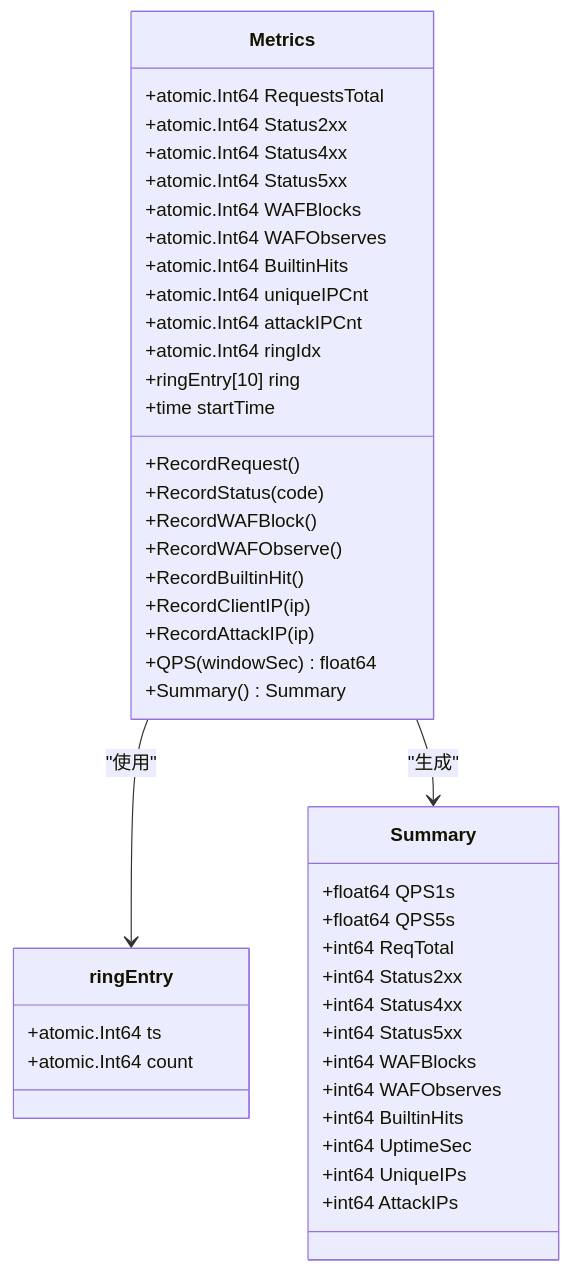
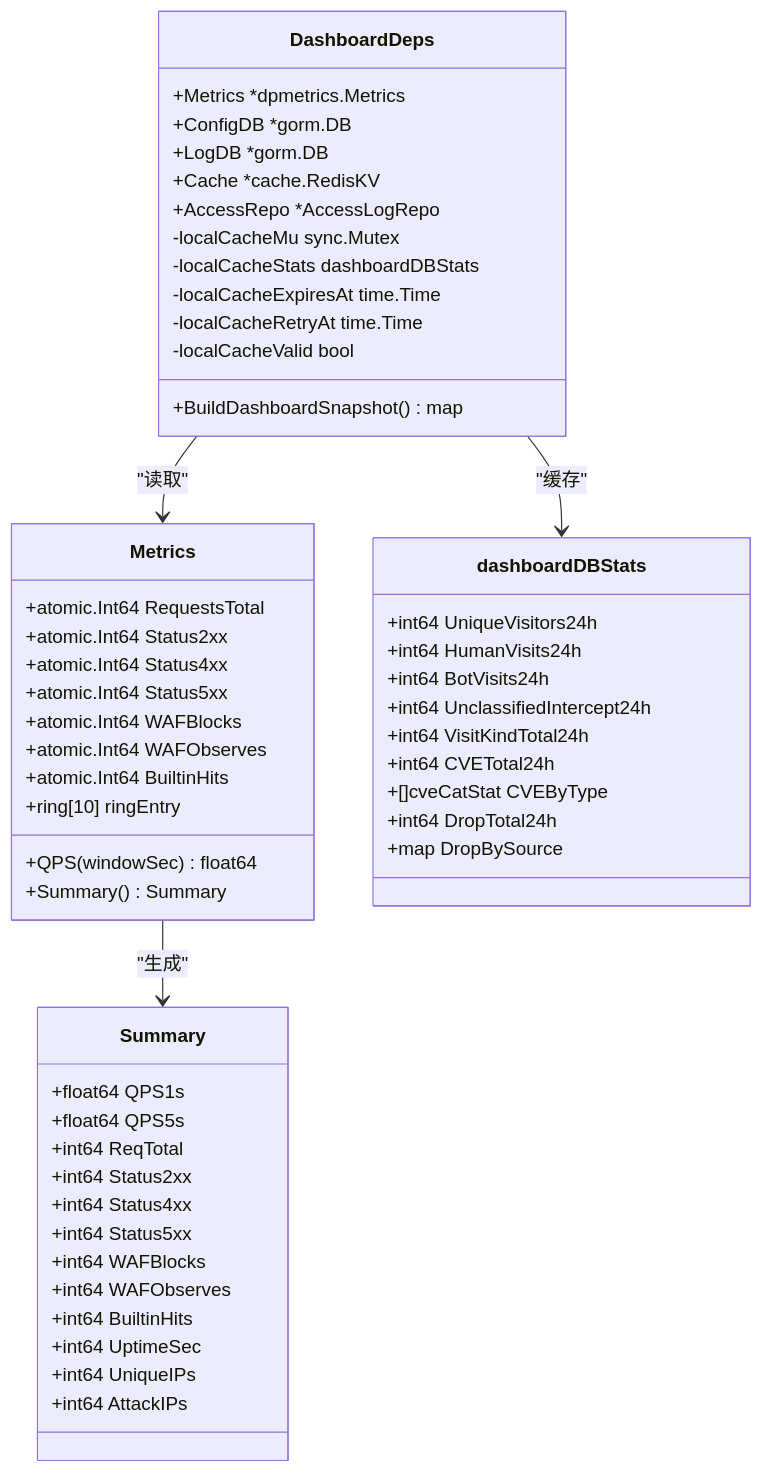
Before and after one commit to x01n/My-OpenWaf: the second of 7 diagrams in docs/管理 API 系统/仪表板 API.md, drawn with Mermaid. The commit also changed other lines of this file and 622 other files, not shown here.

````diff
--- a/docs/管理 API 系统/仪表板 API.md
+++ b/docs/管理 API 系统/仪表板 API.md
@@ -72,46 +115,56 @@
 ```mermaid
 classDiagram
+class DashboardDeps {
++Metrics *dpmetrics.Metrics
++ConfigDB *gorm.DB
++LogDB *gorm.DB
++Cache *cache.RedisKV
++AccessRepo *AccessLogRepo
+-localCacheMu sync.Mutex
+-localCacheStats dashboardDBStats
+-localCacheExpiresAt time.Time
+-localCacheRetryAt time.Time
+-localCacheValid bool
++BuildDashboardSnapshot() map
+}
 class Metrics {
 +atomic.Int64 RequestsTotal
 +atomic.Int64 Status2xx
 +atomic.Int64 Status4xx
 +atomic.Int64 Status5xx
 +atomic.Int64 WAFBlocks
 +atomic.Int64 WAFObserves
 +atomic.Int64 BuiltinHits
-+atomic.Int64 uniqueIPCnt
-+atomic.Int64 attackIPCnt
-+atomic.Int64 ringIdx
-+ringEntry[10] ring
-+time startTime
-+RecordRequest()
-+RecordStatus(code)
-+RecordWAFBlock()
-+RecordWAFObserve()
-+RecordBuiltinHit()
-+RecordClientIP(ip)
-+RecordAttackIP(ip)
++ring[10] ringEntry
 +QPS(windowSec) float64
 +Summary() Summary
-}
-class ringEntry {
-+atomic.Int64 ts
-+atomic.Int64 count
 }
 class Summary {
 +float64 QPS1s
 +float64 QPS5s
 +int64 ReqTotal
 +int64 Status2xx
 +int64 Status4xx
 +int64 Status5xx
 +int64 WAFBlocks
 +int64 WAFObserves
 +int64 BuiltinHits
 +int64 UptimeSec
 +int64 UniqueIPs
 +int64 AttackIPs
 }
-Metrics --> ringEntry : "使用"
+class dashboardDBStats {
++int64 UniqueVisitors24h
++int64 HumanVisits24h
++int64 BotVisits24h
++int64 UnclassifiedIntercept24h
++int64 VisitKindTotal24h
++int64 CVETotal24h
++[]cveCatStat CVEByType
++int64 DropTotal24h
++map DropBySource
+}
+DashboardDeps --> Metrics : "读取"
 Metrics --> Summary : "生成"
+DashboardDeps --> dashboardDBStats : "缓存"
 ```
````
